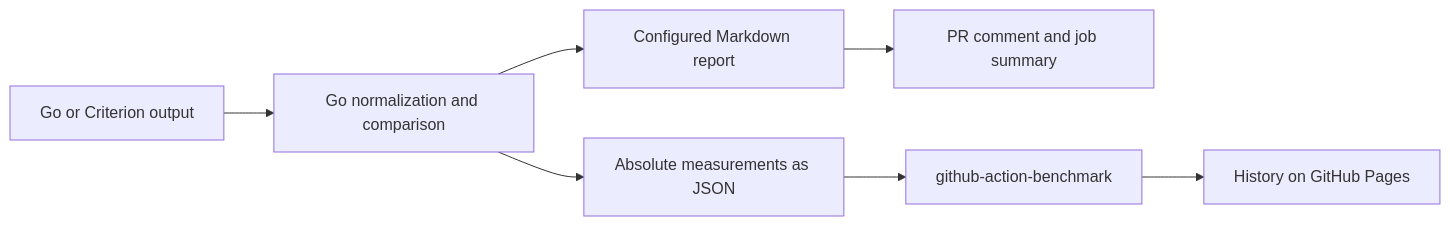
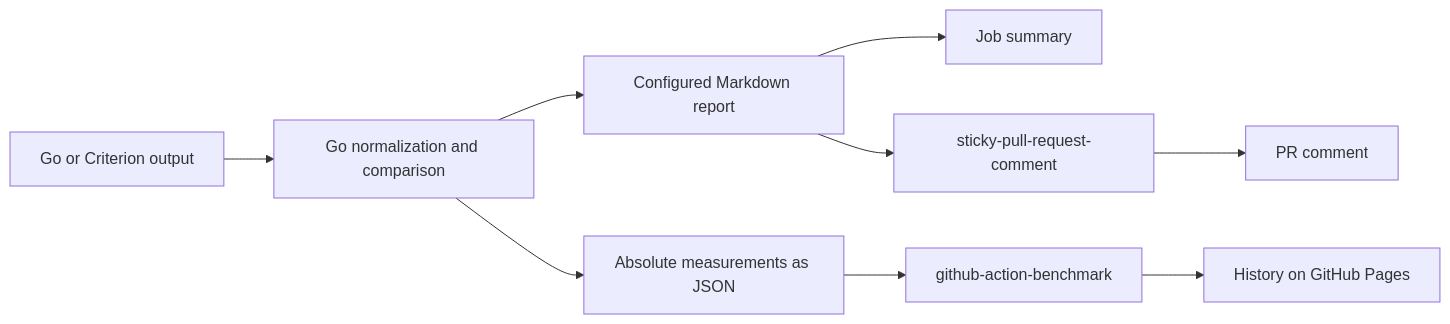
The diagram in README.md (sshaplygin/benchmark-report), drawn with Mermaid before and after one commit. The commit also changed other lines of this file and 7 other files, not shown here.

````diff
--- a/README.md
+++ b/README.md
@@ -25,9 +25,11 @@
 ```mermaid
 flowchart LR
     A[Go or Criterion output] --> B[Go normalization and comparison]
     B --> C[Configured Markdown report]
     B --> D[Absolute measurements as JSON]
-    C --> E[PR comment and job summary]
+    C --> E[Job summary]
+    C --> H[sticky-pull-request-comment]
+    H --> I[PR comment]
     D --> F[github-action-benchmark]
     F --> G[History on GitHub Pages]
 ```
````
